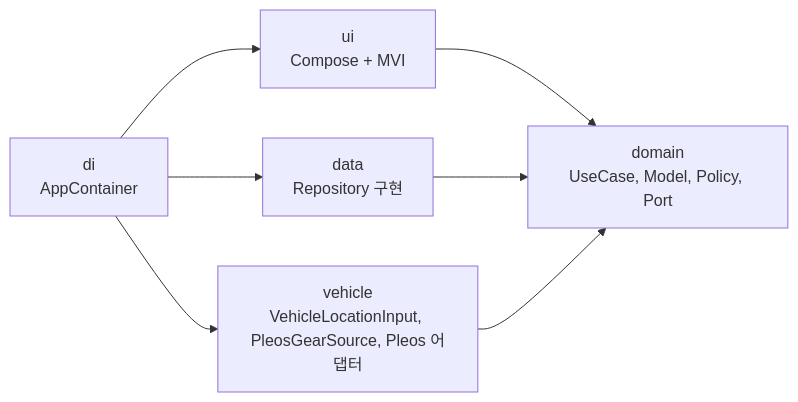
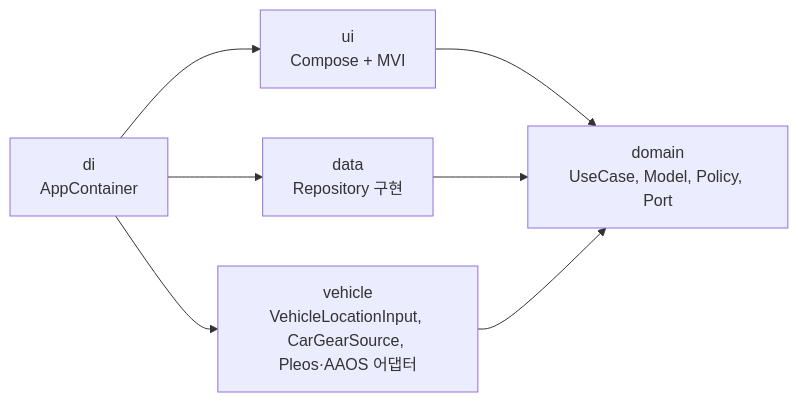
The first of 5 diagrams in docs/ARCHITECTURE.md (Potatoes-Book-5/WithIm), drawn with Mermaid before and after one commit. The commit also changed other lines of this file and 15 other files, not shown here.

First line of the commit message:
refactor(F-009): read the gear from AAOS GEAR_SELECTION

````diff
--- a/docs/ARCHITECTURE.md
+++ b/docs/ARCHITECTURE.md
@@ -53,9 +52,9 @@
 ```mermaid
 flowchart LR
     UI[ui<br/>Compose + MVI] --> Domain[domain<br/>UseCase, Model, Policy, Port]
     Data[data<br/>Repository 구현] --> Domain
-    Vehicle[vehicle<br/>VehicleLocationInput, PleosGearSource, Pleos 어댑터] --> Domain
+    Vehicle[vehicle<br/>VehicleLocationInput, CarGearSource, Pleos·AAOS 어댑터] --> Domain
     DI[di<br/>AppContainer] --> UI
     DI --> Data
     DI --> Vehicle
 ```
````
